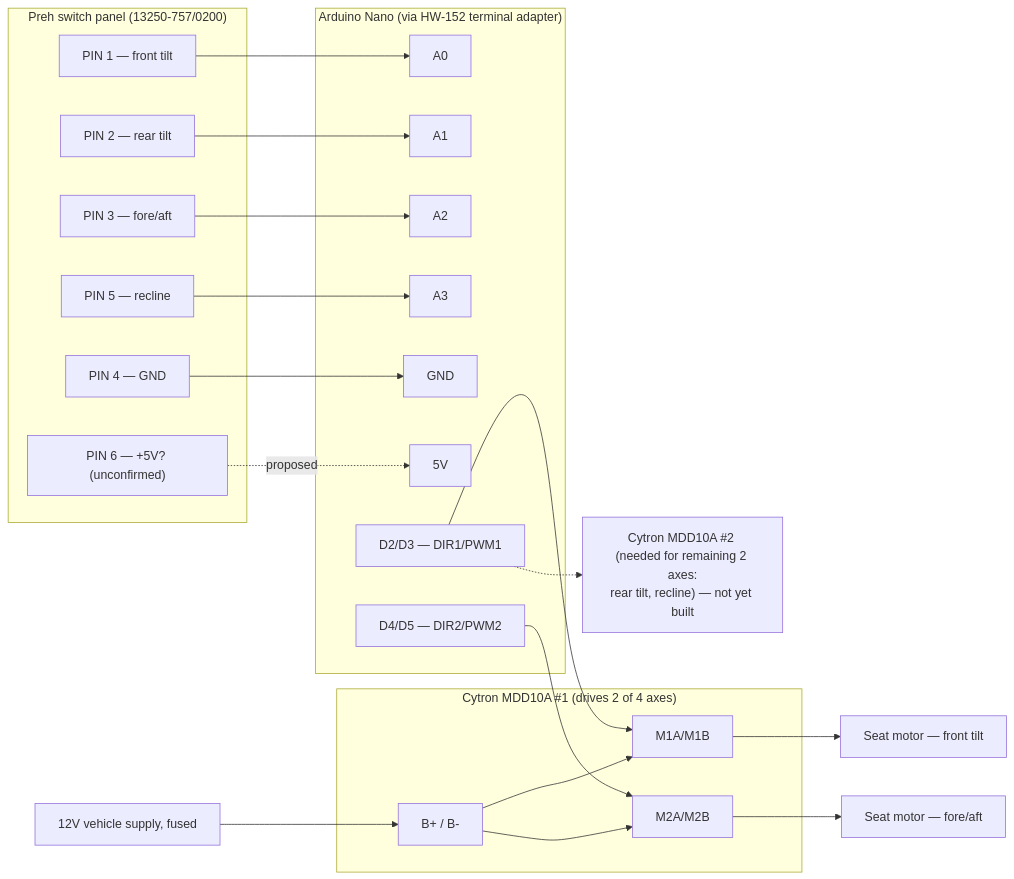
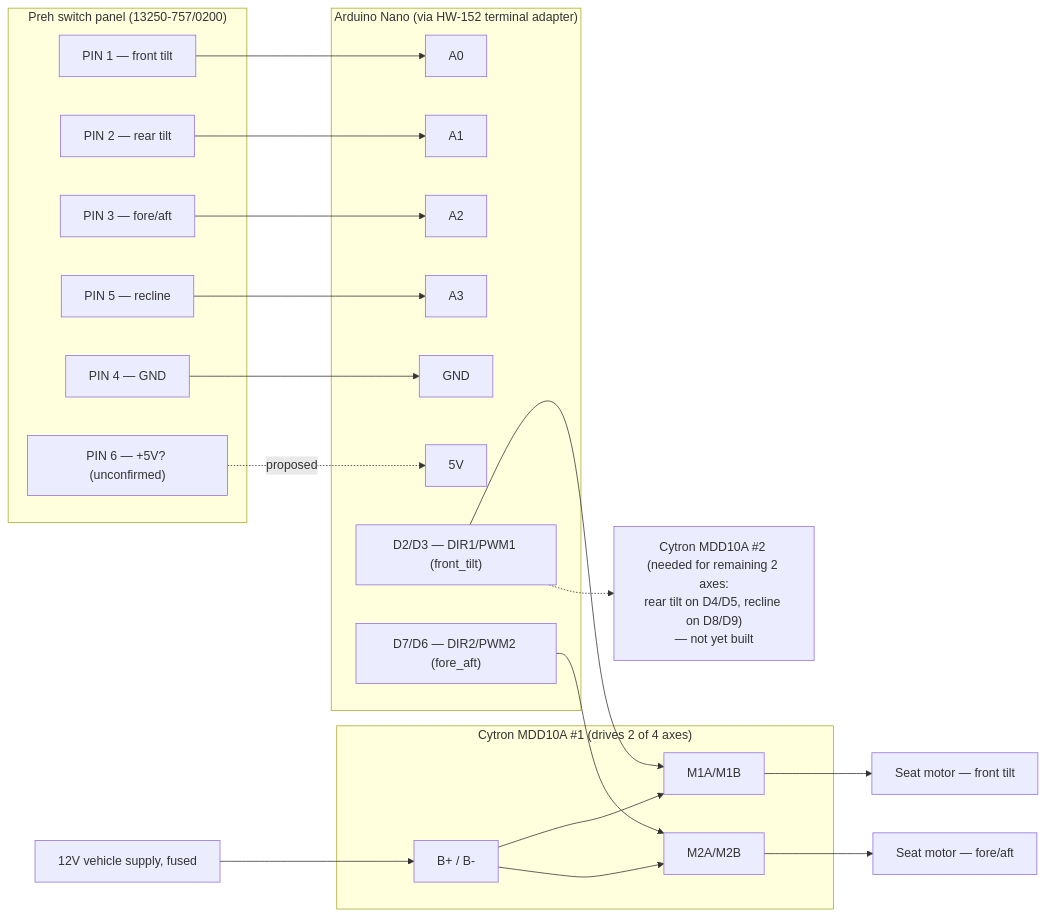
Before and after one commit to nodecentral/Audi-Seat-Controller-Arduino-Project: the diagram in README.md, drawn with Mermaid. The commit also changed other lines of this file and 2 other files, not shown here.

````diff
--- a/README.md
+++ b/README.md
@@ -115,50 +115,50 @@
 ```mermaid
 flowchart LR
     subgraph SWITCH["Preh switch panel (13250-757/0200)"]
         P1["PIN 1 — front tilt"]
         P2["PIN 2 — rear tilt"]
         P3["PIN 3 — fore/aft"]
         P5["PIN 5 — recline"]
         P4["PIN 4 — GND"]
         P6["PIN 6 — +5V? (unconfirmed)"]
     end
 
     subgraph NANO["Arduino Nano (via HW-152 terminal adapter)"]
         A0["A0"]
         A1["A1"]
         A2["A2"]
         A3["A3"]
         GND1["GND"]
         FIVEV["5V"]
-        CTRL1["D2/D3 — DIR1/PWM1"]
-        CTRL2["D4/D5 — DIR2/PWM2"]
+        CTRL1["D2/D3 — DIR1/PWM1 (front_tilt)"]
+        CTRL2["D7/D6 — DIR2/PWM2 (fore_aft)"]
     end
 
     subgraph DRV1["Cytron MDD10A #1 (drives 2 of 4 axes)"]
         M1["M1A/M1B"]
         M2["M2A/M2B"]
         BSUP["B+ / B-"]
     end
 
     P1 --> A0
     P2 --> A1
     P3 --> A2
     P5 --> A3
     P4 --> GND1
     P6 -. proposed .-> FIVEV
 
     CTRL1 --> M1
     CTRL2 --> M2
 
     MOT1["Seat motor — front tilt"]
     MOT2["Seat motor — fore/aft"]
     M1 --> MOT1
     M2 --> MOT2
 
     BATT["12V vehicle supply, fused"] --> BSUP
     BSUP --> M1
     BSUP --> M2
 
-    DRV2["Cytron MDD10A #2 (needed for remaining 2 axes:<br/>rear tilt, recline) — not yet built"]
+    DRV2["Cytron MDD10A #2 (needed for remaining 2 axes:<br/>rear tilt on D4/D5, recline on D8/D9)<br/>— not yet built"]
     CTRL1 -.-> DRV2
 ```
````
